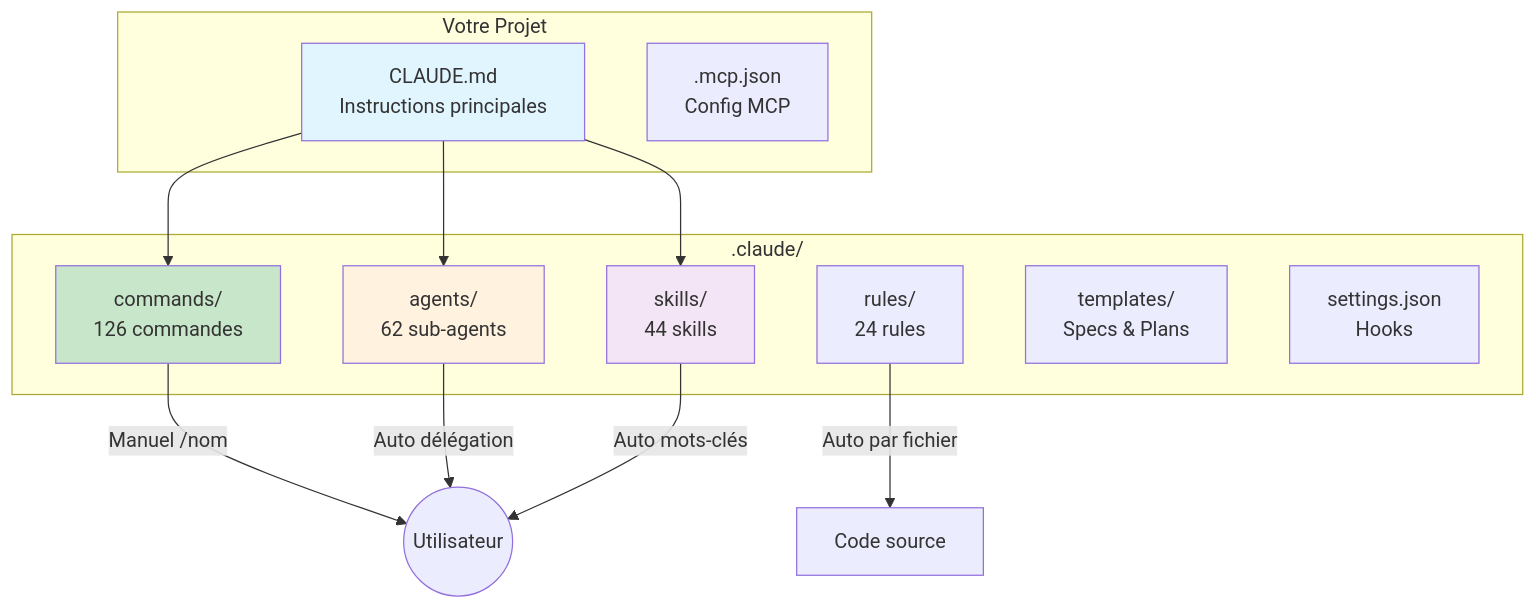
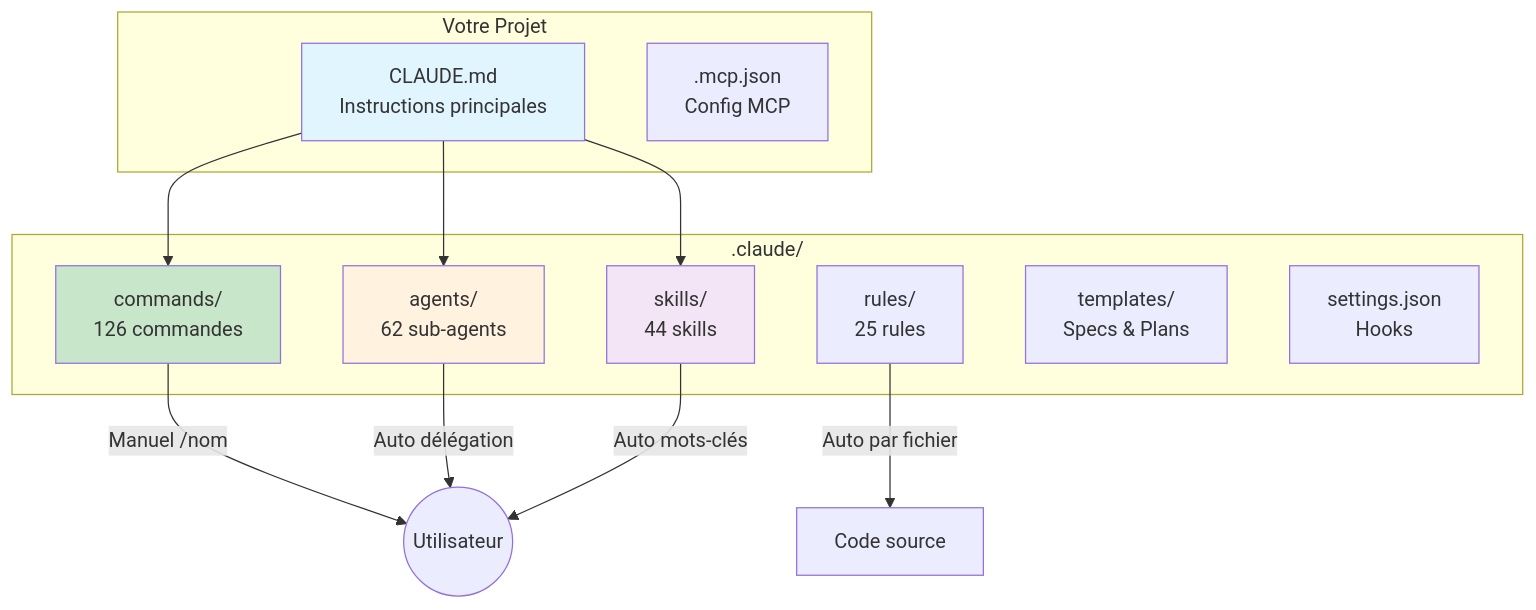
One commit to christopherlouet/claude-base changed the first of 2 diagrams in website/docs/intro/architecture.md. Above: the diagram before and after it, drawn with Mermaid. The commit also changed other lines of this file and 1 other file, not shown here.

Commit message:
fix(docs): update rules count from 24 to 25 in website

````diff
--- a/website/docs/intro/architecture.md
+++ b/website/docs/intro/architecture.md
@@ -15,30 +15,30 @@
 ```mermaid
 graph TB
     subgraph "Votre Projet"
         CLAUDE[CLAUDE.md<br/>Instructions principales]
         MCP[.mcp.json<br/>Config MCP]
     end
 
     subgraph ".claude/"
         CMDS[commands/<br/>126 commandes]
         AGENTS[agents/<br/>62 sub-agents]
         SKILLS[skills/<br/>44 skills]
-        RULES[rules/<br/>24 rules]
+        RULES[rules/<br/>25 rules]
         TPL[templates/<br/>Specs & Plans]
         SETTINGS[settings.json<br/>Hooks]
     end
 
     CLAUDE --> CMDS
     CLAUDE --> AGENTS
     CLAUDE --> SKILLS
 
     CMDS --> |"Manuel /nom"| USER((Utilisateur))
     AGENTS --> |"Auto délégation"| USER
     SKILLS --> |"Auto mots-clés"| USER
     RULES --> |"Auto par fichier"| CODE[Code source]
 
     style CLAUDE fill:#e1f5fe
     style CMDS fill:#c8e6c9
     style AGENTS fill:#fff3e0
     style SKILLS fill:#f3e5f5
 ```
````
